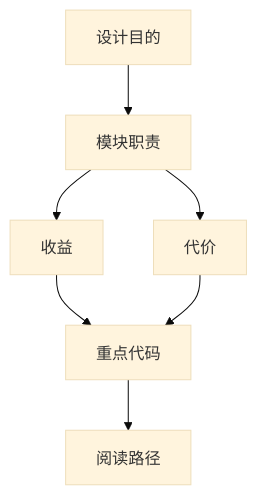
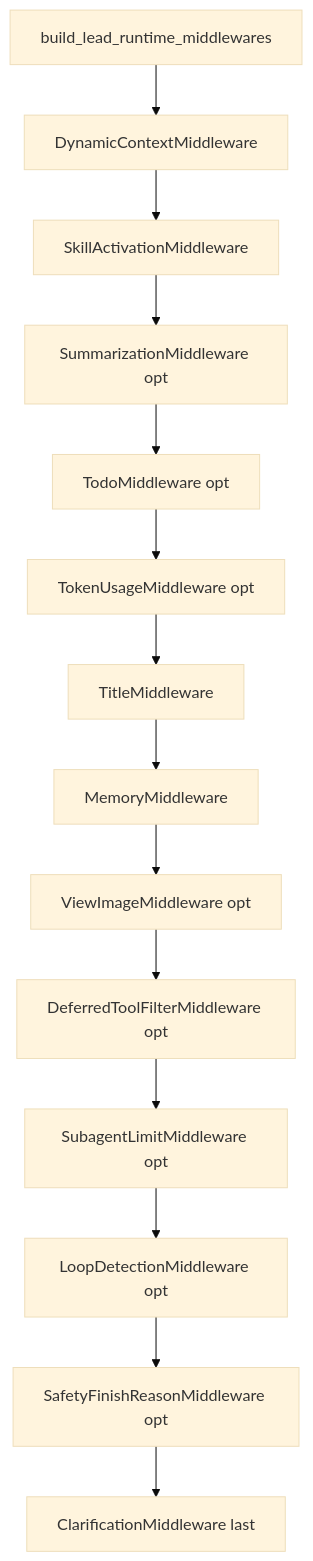
Before and after one commit to ShaofeiZi/deer-flow: the third of 3 diagrams in .agent_context/final_review/docs_md/13｜Backend Middleware 模块逐项详解.md, drawn with Mermaid (base theme). The commit also changed 3361 other files, not shown here.

````diff
--- a/.agent_context/final_review/docs_md/13｜Backend Middleware 模块逐项详解.md
+++ b/.agent_context/final_review/docs_md/13｜Backend Middleware 模块逐项详解.md
@@ -96,9 +96,16 @@
 ```mermaid
 flowchart TD
-  A[设计目的] --> B[模块职责]
-  B --> C[收益]
-  B --> D[代价]
-  C --> E[重点代码]
-  D --> E
-  E --> F[阅读路径]
+  Base[build_lead_runtime_middlewares] --> Dyn[DynamicContextMiddleware]
+  Dyn --> Skill[SkillActivationMiddleware]
+  Skill --> Sum[SummarizationMiddleware opt]
+  Sum --> Todo[TodoMiddleware opt]
+  Todo --> Tok[TokenUsageMiddleware opt]
+  Tok --> Title[TitleMiddleware]
+  Title --> Mem[MemoryMiddleware]
+  Mem --> View[ViewImageMiddleware opt]
+  View --> Def[DeferredToolFilterMiddleware opt]
+  Def --> Sub[SubagentLimitMiddleware opt]
+  Sub --> Loop[LoopDetectionMiddleware opt]
+  Loop --> Safe[SafetyFinishReasonMiddleware opt]
+  Safe --> Clar[ClarificationMiddleware last]
 ```
````
